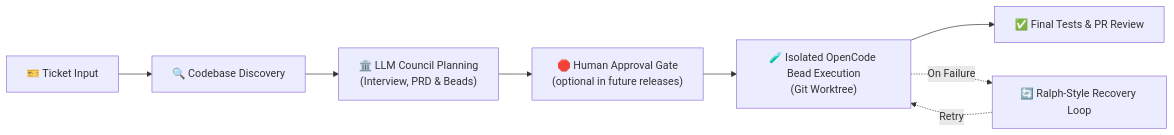
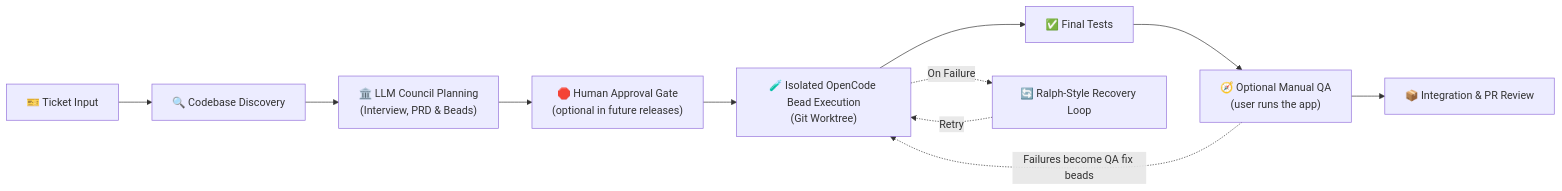
The diagram in README.md (antclt/LoopTroop), drawn with Mermaid before and after one commit. The commit also changed other lines of this file and 96 other files, not shown here.

First line of the commit message:
feat: add optional manual QA checkpoint loop

````diff
--- a/README.md
+++ b/README.md
@@ -76,10 +76,13 @@
 ```mermaid
 flowchart LR
     A["🎫 Ticket Input"] --> B["🔍 Codebase Discovery"]
     B --> C["🏛️ LLM Council Planning<br/>(Interview, PRD & Beads)"]
     C --> D["🛑 Human Approval Gate<br/>(optional in future releases)"]
     D --> E["🧪 Isolated OpenCode Bead Execution<br/>(Git Worktree)"]
-    E --> F["✅ Final Tests & PR Review"]
+    E --> F["✅ Final Tests"]
+    F --> H["🧭 Optional Manual QA<br/>(user runs the app)"]
+    H --> I["📦 Integration & PR Review"]
+    H -.->|"Failures become QA fix beads"| E
     E -.->|"On Failure"| G["🔄 Ralph-Style Recovery Loop"]
     G -.->|"Retry"| E
 ```
````
